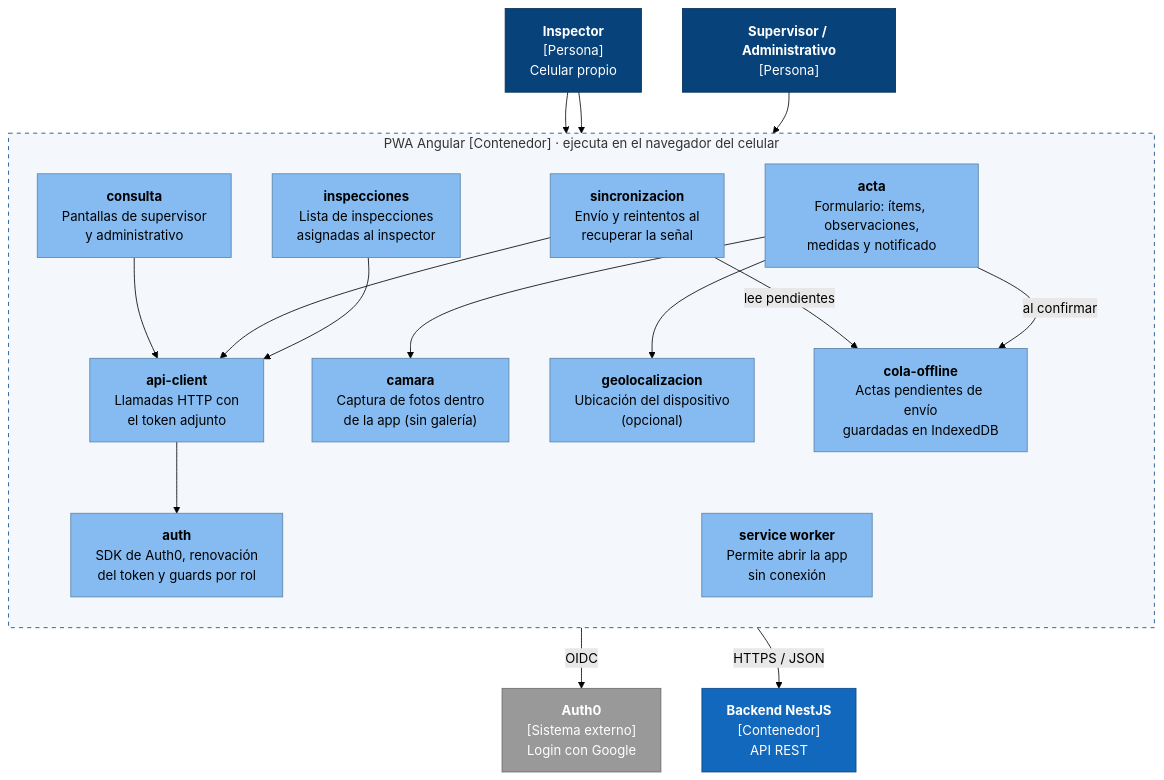
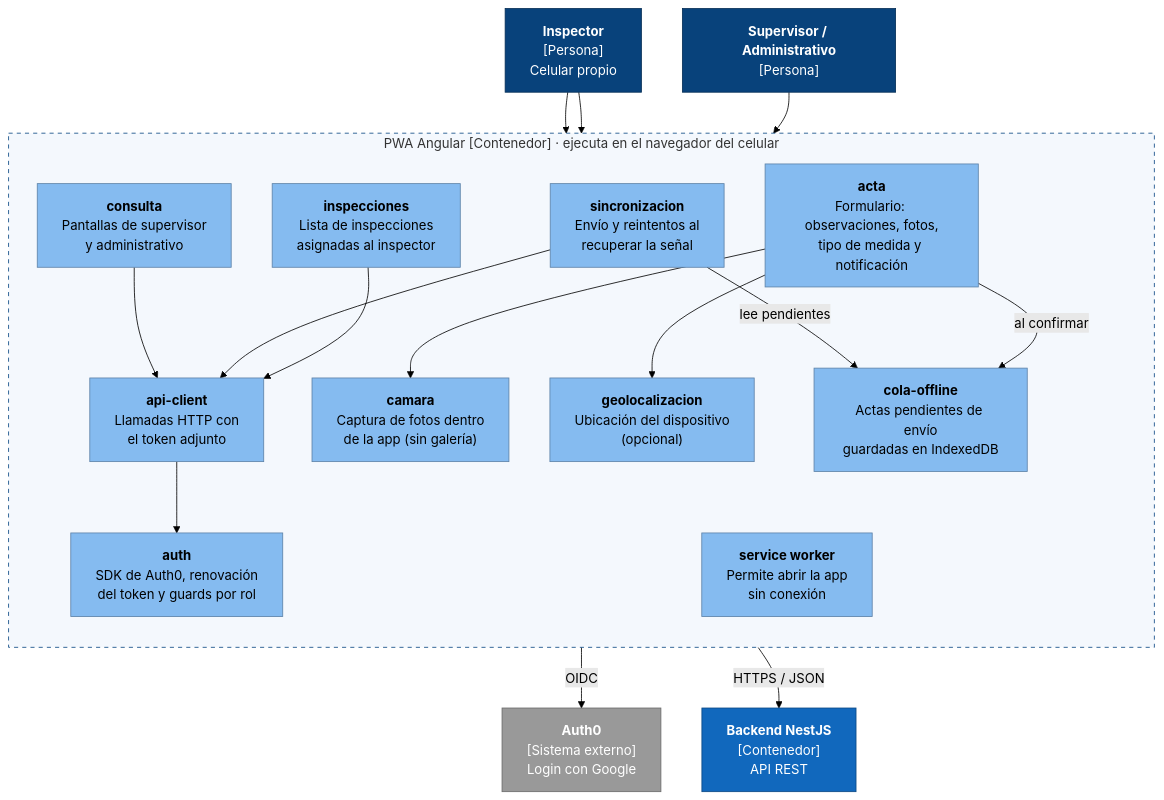
Before and after one commit to franiiel/TP-Integrador-ArqDeSoftware1: the diagram in docs/diagramas/c4-componentes-frontend.mmd, drawn with Mermaid (forest theme). The commit also changed 20 other files, not shown here.

```diff
--- a/docs/diagramas/c4-componentes-frontend.mmd
+++ b/docs/diagramas/c4-componentes-frontend.mmd
@@ -1,44 +1,44 @@
 flowchart TB
     inspector["<b>Inspector</b><br/>[Persona]<br/>Celular propio"]
     supadm["<b>Supervisor / Administrativo</b><br/>[Persona]"]
     auth0["<b>Auth0</b><br/>[Sistema externo]<br/>Login con Google"]
     api["<b>Backend NestJS</b><br/>[Contenedor]<br/>API REST"]
 
     subgraph pwa["PWA Angular [Contenedor] · ejecuta en el navegador del celular"]
         direction TB
         auth["<b>auth</b><br/>SDK de Auth0, renovación<br/>del token y guards por rol"]
         inspecciones["<b>inspecciones</b><br/>Lista de inspecciones<br/>asignadas al inspector"]
-        acta["<b>acta</b><br/>Formulario: ítems, observaciones,<br/>medidas y notificado"]
+        acta["<b>acta</b><br/>Formulario: observaciones, fotos,<br/>tipo de medida y notificación"]
         camara["<b>camara</b><br/>Captura de fotos dentro<br/>de la app (sin galería)"]
         geo["<b>geolocalizacion</b><br/>Ubicación del dispositivo<br/>(opcional)"]
         consulta["<b>consulta</b><br/>Pantallas de supervisor<br/>y administrativo"]
         cola["<b>cola-offline</b><br/>Actas pendientes de envío<br/>guardadas en IndexedDB"]
         sync["<b>sincronizacion</b><br/>Envío y reintentos al<br/>recuperar la señal"]
         apiclient["<b>api-client</b><br/>Llamadas HTTP con<br/>el token adjunto"]
         sw["<b>service worker</b><br/>Permite abrir la app<br/>sin conexión"]
     end
 
     inspector --> inspecciones
     inspector --> acta
     supadm --> consulta
 
     auth -- "OIDC" --> auth0
     inspecciones --> apiclient
     acta --> camara
     acta --> geo
     acta -- "al confirmar" --> cola
     sync -- "lee pendientes" --> cola
     sync --> apiclient
     consulta --> apiclient
     apiclient --> auth
     apiclient -- "HTTPS / JSON" --> api
 
     classDef person fill:#08427b,stroke:#052e56,color:#fff
     classDef ext fill:#999999,stroke:#6b6b6b,color:#fff
     classDef cont fill:#1168bd,stroke:#0b4884,color:#fff
     classDef comp fill:#85bbf0,stroke:#5d82a8,color:#000
     class inspector,supadm person
     class auth0 ext
     class api cont
     class auth,inspecciones,acta,camara,geo,consulta,cola,sync,apiclient,sw comp
     style pwa fill:#f4f8fd,stroke:#0b4884,stroke-dasharray: 5 5
```
